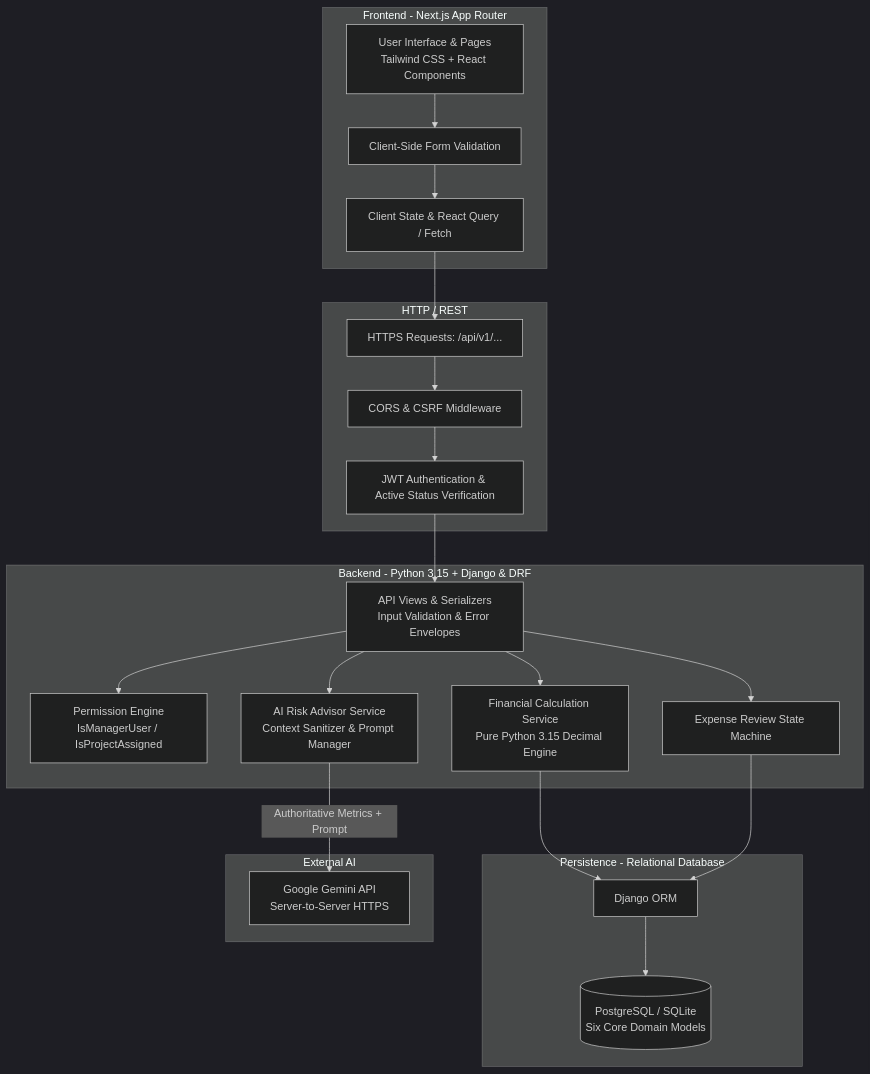
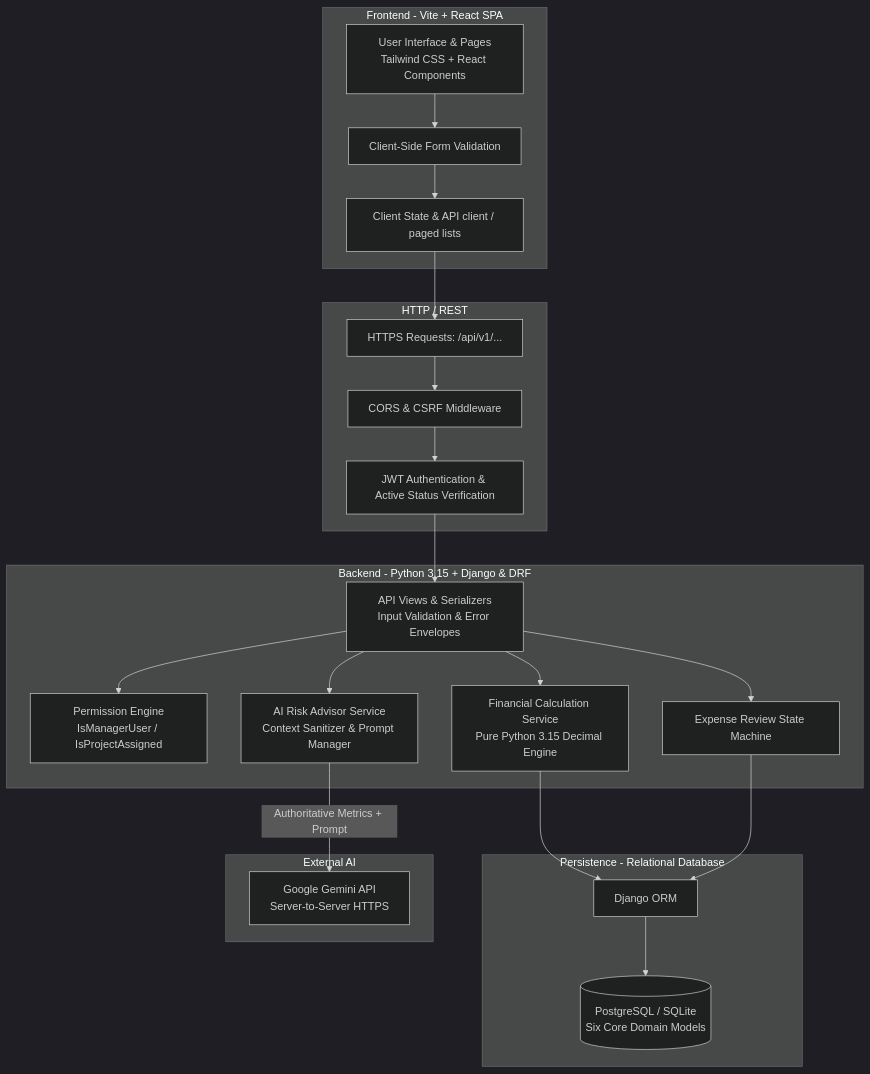
The first of 3 diagrams in docs/architecture.md (RafiAwes/margin_watch_ai), drawn with Mermaid (dark theme) before and after one commit. The commit also changed other lines of this file and 56 other files, not shown here.

````diff
--- a/docs/architecture.md
+++ b/docs/architecture.md
@@ -33,42 +33,42 @@
 ```mermaid
 graph TB
-    subgraph Client Tier [Frontend - Next.js App Router]
+    subgraph Client Tier [Frontend - Vite + React SPA]
         UI[User Interface & Pages<br>Tailwind CSS + React Components]
-        State[Client State & React Query / Fetch]
+        State[Client State & API client / paged lists]
         UXVal[Client-Side Form Validation]
     end
 
     subgraph Gateway & Transport [HTTP / REST]
         API_REQ[HTTPS Requests: /api/v1/...]
         CORS[CORS & CSRF Middleware]
         AUTH_MW[JWT Authentication & Active Status Verification]
     end
 
     subgraph Service Tier [Backend - Python 3.15 + Django & DRF]
         Views[API Views & Serializers<br>Input Validation & Error Envelopes]
         Perms[Permission Engine<br>IsManagerUser / IsProjectAssigned]
         FinEngine[Financial Calculation Service<br>Pure Python 3.15 Decimal Engine]
         ExpenseState[Expense Review State Machine]
         AIService[AI Risk Advisor Service<br>Context Sanitizer & Prompt Manager]
     end
 
     subgraph Data Tier [Persistence - Relational Database]
         ORM[Django ORM]
         DB[(PostgreSQL / SQLite<br>Six Core Domain Models)]
     end
 
     subgraph External Provider Tier [External AI]
         Gemini[Google Gemini API<br>Server-to-Server HTTPS]
     end
 
     UI --> UXVal --> State --> API_REQ
     API_REQ --> CORS --> AUTH_MW --> Views
     Views --> Perms
     Views --> FinEngine
     Views --> ExpenseState
     FinEngine --> ORM
     ExpenseState --> ORM
     ORM --> DB
     Views --> AIService
     AIService -->|Authoritative Metrics + Prompt| Gemini
 ```
````
